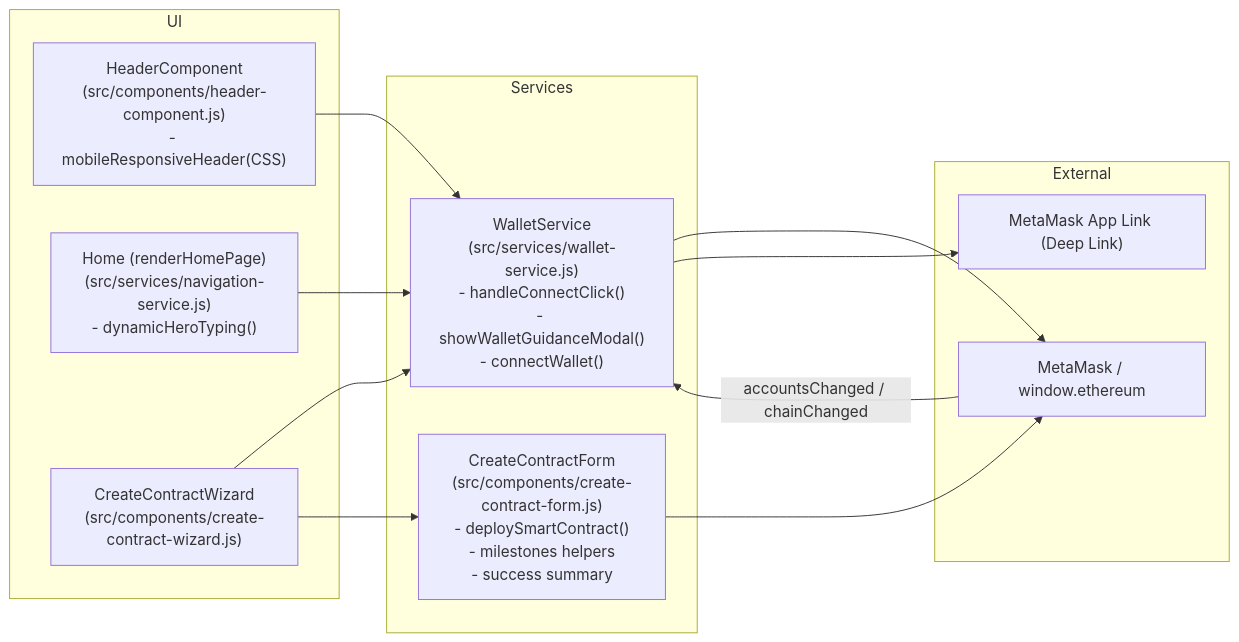
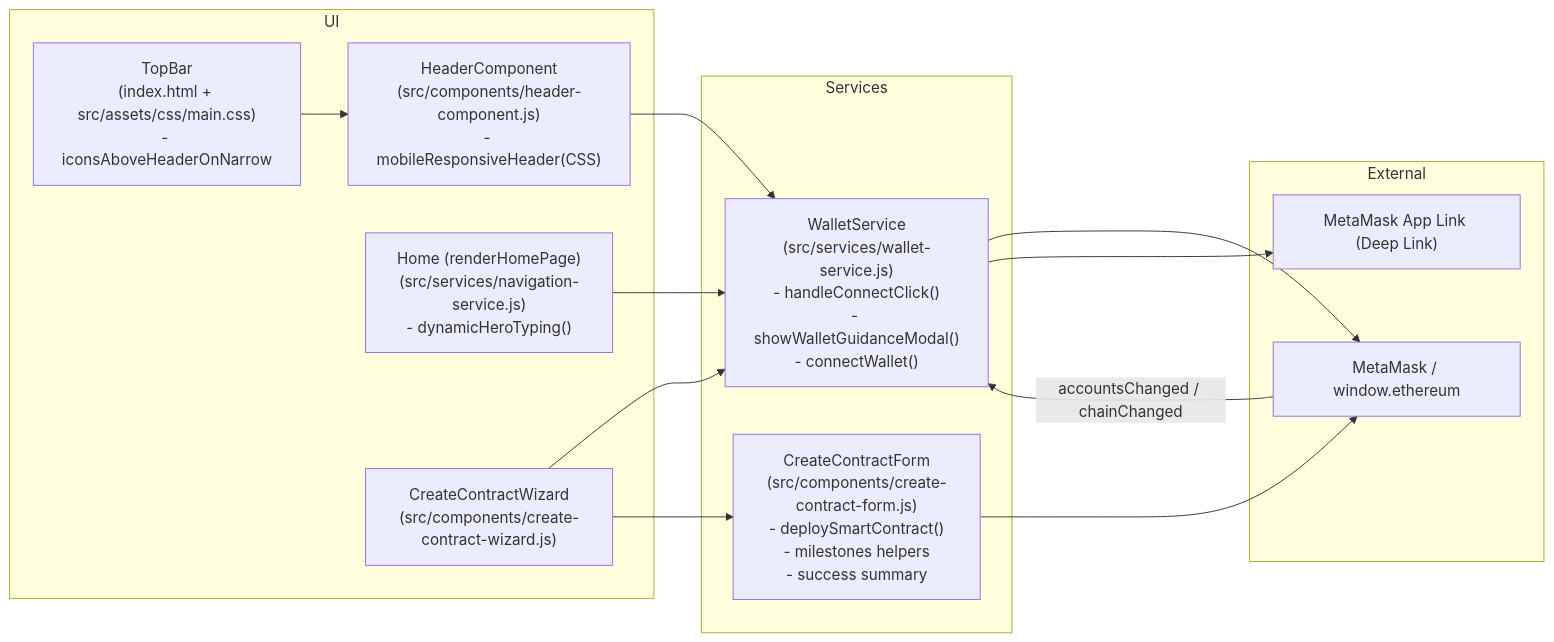
The diagram in .architecture/modules/frontend.mmd (Dkubitz/Deal-FiV2), drawn with Mermaid before and after one commit. The commit also changed 2 other files, not shown here.

Commit message:
feat: top-bar com Ã­cones nÃ£o-fixos
Move Ã­cones Polygon/MetaMask para uma top-bar no topo (nÃ£o acompanha scroll).

Em telas estreitas, Ã­cones sobem juntos acima do header automaticamente.

Atualiza diagrama Mermaid do frontend.

```diff
--- a/.architecture/modules/frontend.mmd
+++ b/.architecture/modules/frontend.mmd
@@ -1,29 +1,31 @@
 flowchart LR
   %% Frontend module view (onboarding + criação)
 
   subgraph UI["UI"]
+    TOPBAR["TopBar\n(index.html + src/assets/css/main.css)\n- iconsAboveHeaderOnNarrow"]
     HEADER["HeaderComponent\n(src/components/header-component.js)\n- mobileResponsiveHeader(CSS)"]
     HOME["Home (renderHomePage)\n(src/services/navigation-service.js)\n- dynamicHeroTyping()"]
     CREATE_WIZ["CreateContractWizard\n(src/components/create-contract-wizard.js)"]
   end
 
   subgraph SVC["Services"]
     WALLET["WalletService\n(src/services/wallet-service.js)\n- handleConnectClick()\n- showWalletGuidanceModal()\n- connectWallet()"]
     CREATE_FORM["CreateContractForm\n(src/components/create-contract-form.js)\n- deploySmartContract()\n- milestones helpers\n- success summary"]
   end
 
   subgraph EXT["External"]
     MM["MetaMask / window.ethereum"]
     MMDL["MetaMask App Link (Deep Link)"]
   end
 
+  TOPBAR --> HEADER
   HEADER --> WALLET
   HOME --> WALLET
   CREATE_WIZ --> WALLET
   CREATE_WIZ --> CREATE_FORM
   WALLET --> MM
   WALLET --> MMDL
 
   MM -- accountsChanged / chainChanged --> WALLET
 
   CREATE_FORM --> MM
```
